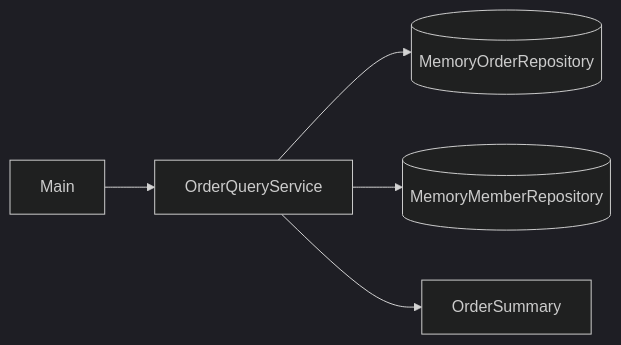
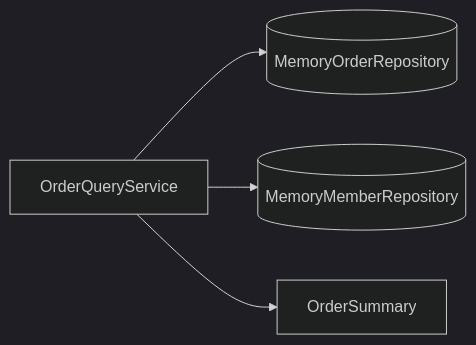
One commit to busan-bank-2026/ddd-example changed the seventh of 9 diagrams in .projectcode/wiki/scenarios.md. Above: the diagram before and after it, drawn with Mermaid (dark theme). The commit also changed other lines of this file and 5 other files, not shown here.

````diff
--- a/.projectcode/wiki/scenarios.md
+++ b/.projectcode/wiki/scenarios.md
@@ -129,7 +141,6 @@
 ```mermaid
 flowchart LR
-  A[Main] --> B[OrderQueryService]
-  B --> C[(MemoryOrderRepository)]
-  B --> D[(MemoryMemberRepository)]
-  B --> E[OrderSummary]
+  A[OrderQueryService] --> B[(MemoryOrderRepository)]
+  A --> C[(MemoryMemberRepository)]
+  A --> D[OrderSummary]
 ```
````
